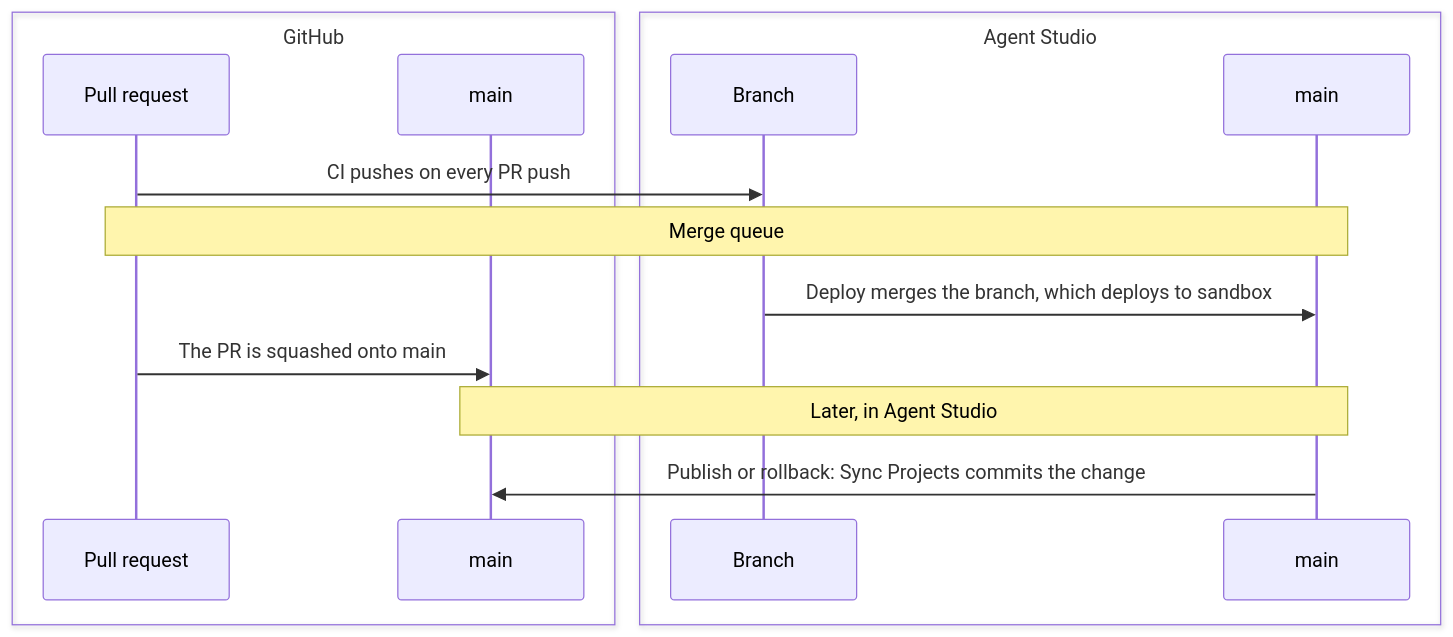
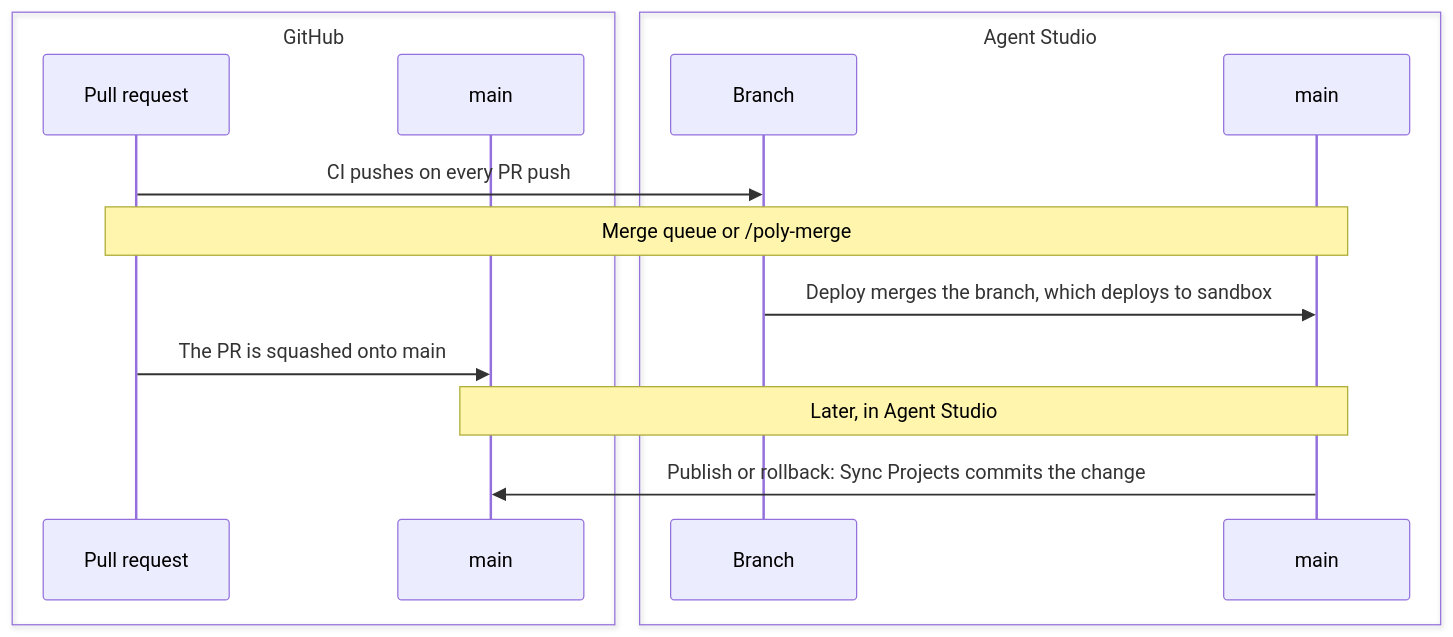
One commit to polyai/adk changed the diagram in docs/docs/tooling/deploying-from-github.md. Above: the diagram before and after it, drawn with Mermaid. The commit also changed other lines of this file, not shown here.

Commit message:
docs: describe merging with /poly-merge

````diff
--- a/docs/docs/tooling/deploying-from-github.md
+++ b/docs/docs/tooling/deploying-from-github.md
@@ -18,17 +18,17 @@
 ```mermaid
 sequenceDiagram
     box GitHub
         participant PR as Pull request
         participant Main as main
     end
     box Agent Studio
         participant Branch as Branch
         participant ASMain as main
     end
     PR->>Branch: CI pushes on every PR push
-    Note over PR,ASMain: Merge queue
+    Note over PR,ASMain: Merge queue or /poly-merge
     Branch->>ASMain: Deploy merges the branch, which deploys to sandbox
     PR->>Main: The PR is squashed onto main
     Note over Main,ASMain: Later, in Agent Studio
     ASMain->>Main: Publish or rollback: Sync Projects commits the change
 ```
````
